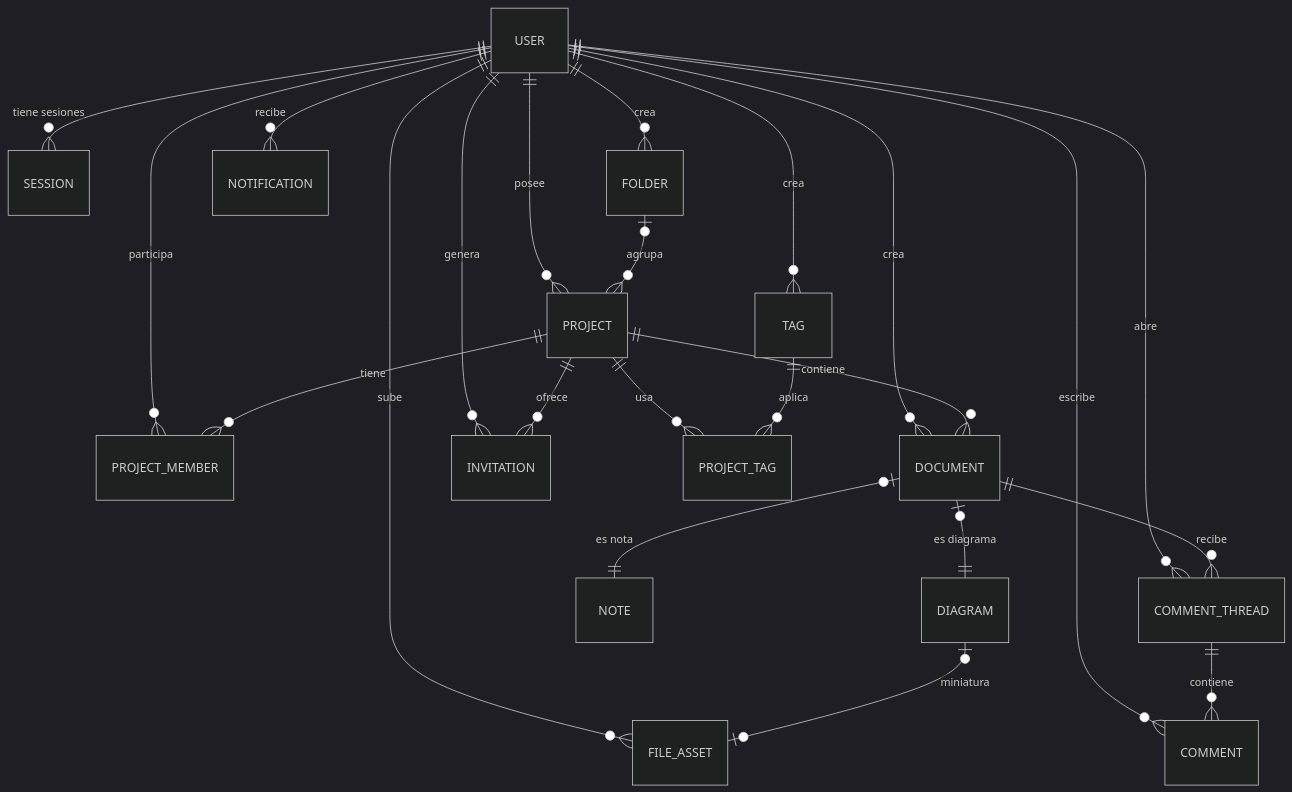
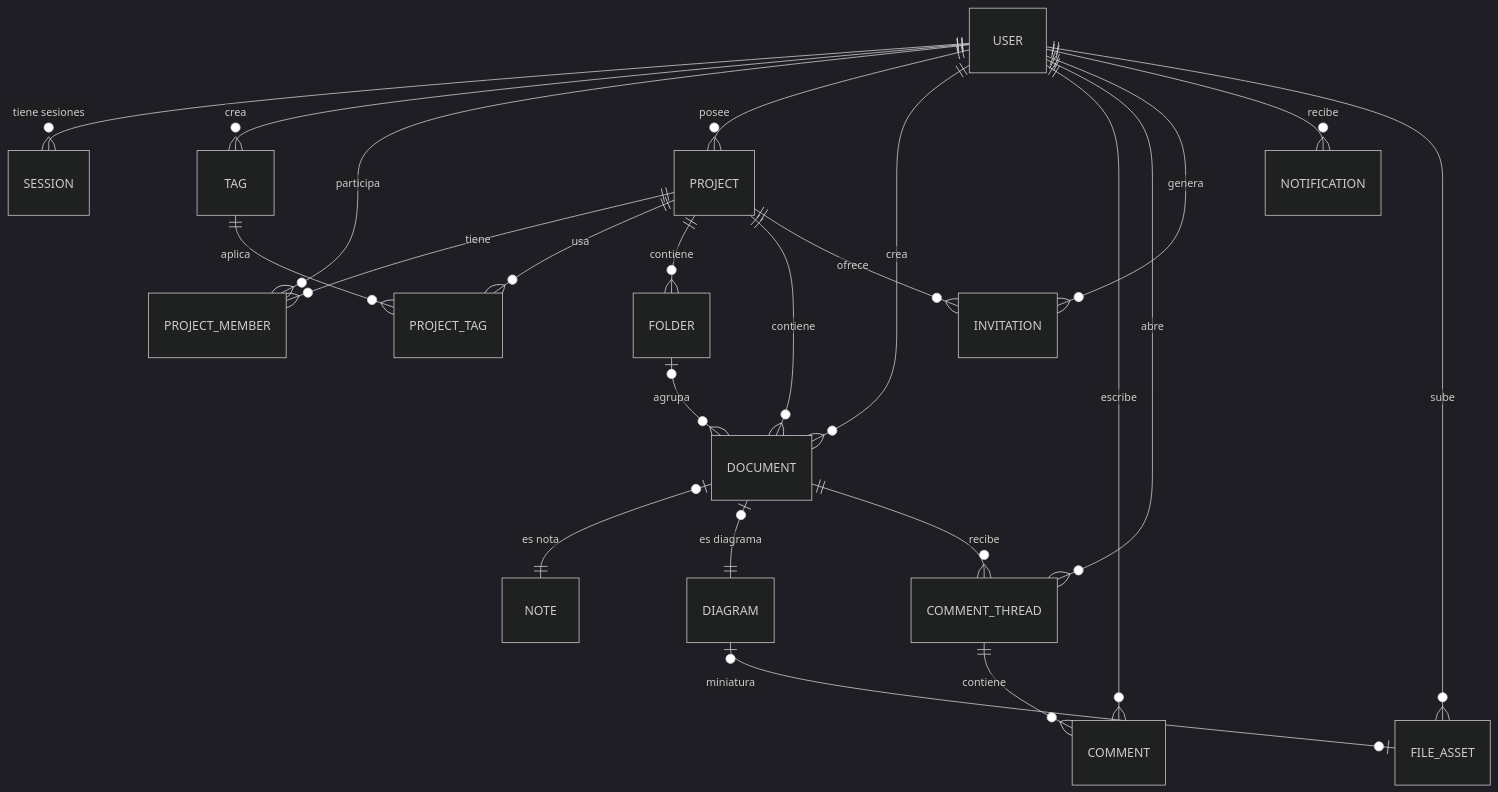
Before and after one commit to YoshiLoL0526/planify: the diagram in docs/05-modelo-de-datos.md, drawn with Mermaid (dark theme). The commit also changed other lines of this file and 55 other files, not shown here.

````diff
--- a/docs/05-modelo-de-datos.md
+++ b/docs/05-modelo-de-datos.md
@@ -9,29 +9,29 @@
 ```mermaid
 erDiagram
     USER ||--o{ SESSION : "tiene sesiones"
-    USER ||--o{ FOLDER : "crea"
     USER ||--o{ TAG : "crea"
     USER ||--o{ PROJECT_MEMBER : "participa"
     USER ||--o{ PROJECT : "posee"
     USER ||--o{ DOCUMENT : "crea"
     USER ||--o{ COMMENT : "escribe"
     USER ||--o{ COMMENT_THREAD : "abre"
     USER ||--o{ INVITATION : "genera"
     USER ||--o{ NOTIFICATION : "recibe"
     USER ||--o{ FILE_ASSET : "sube"
 
-    FOLDER |o--o{ PROJECT : "agrupa"
-
     PROJECT ||--o{ PROJECT_MEMBER : "tiene"
     PROJECT ||--o{ PROJECT_TAG : "usa"
     TAG ||--o{ PROJECT_TAG : "aplica"
+    PROJECT ||--o{ FOLDER : "contiene"
     PROJECT ||--o{ DOCUMENT : "contiene"
     PROJECT ||--o{ INVITATION : "ofrece"
+
+    FOLDER |o--o{ DOCUMENT : "agrupa"
 
     DOCUMENT |o--|| NOTE : "es nota"
     DOCUMENT |o--|| DIAGRAM : "es diagrama"
     DOCUMENT ||--o{ COMMENT_THREAD : "recibe"
 
     COMMENT_THREAD ||--o{ COMMENT : "contiene"
     DIAGRAM |o--o| FILE_ASSET : "miniatura"
 ```
````
